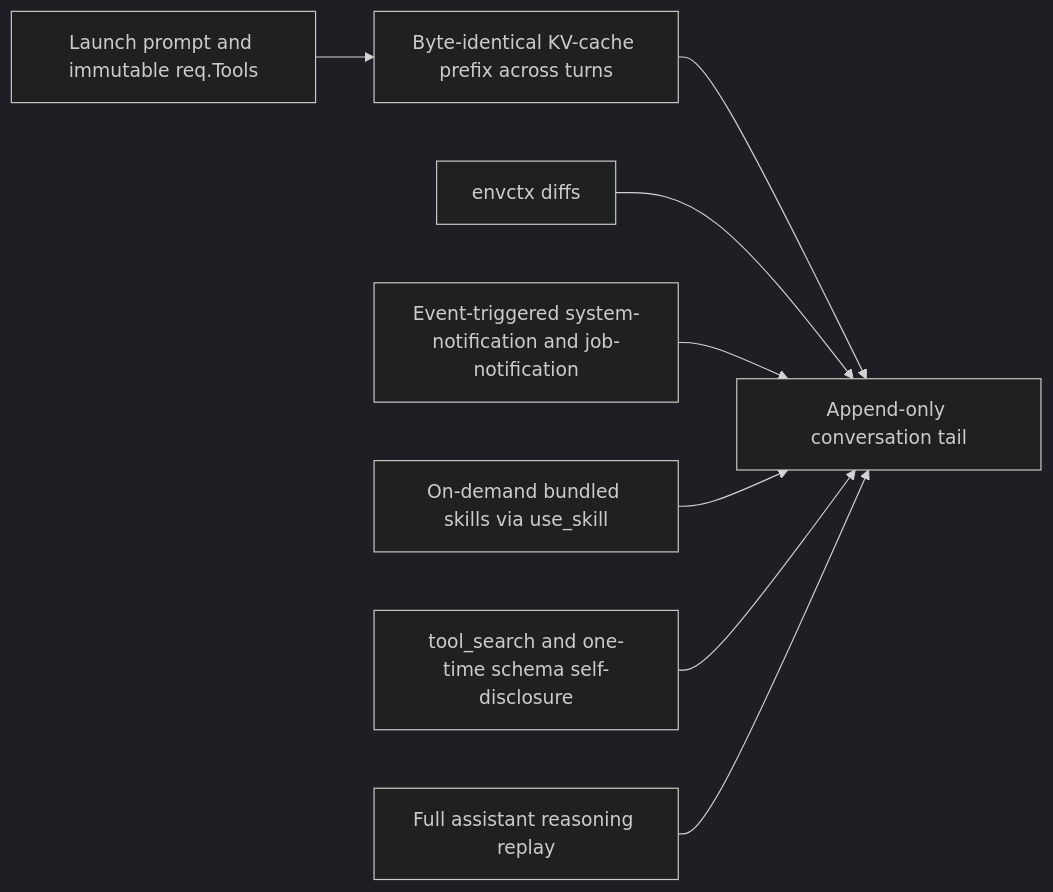
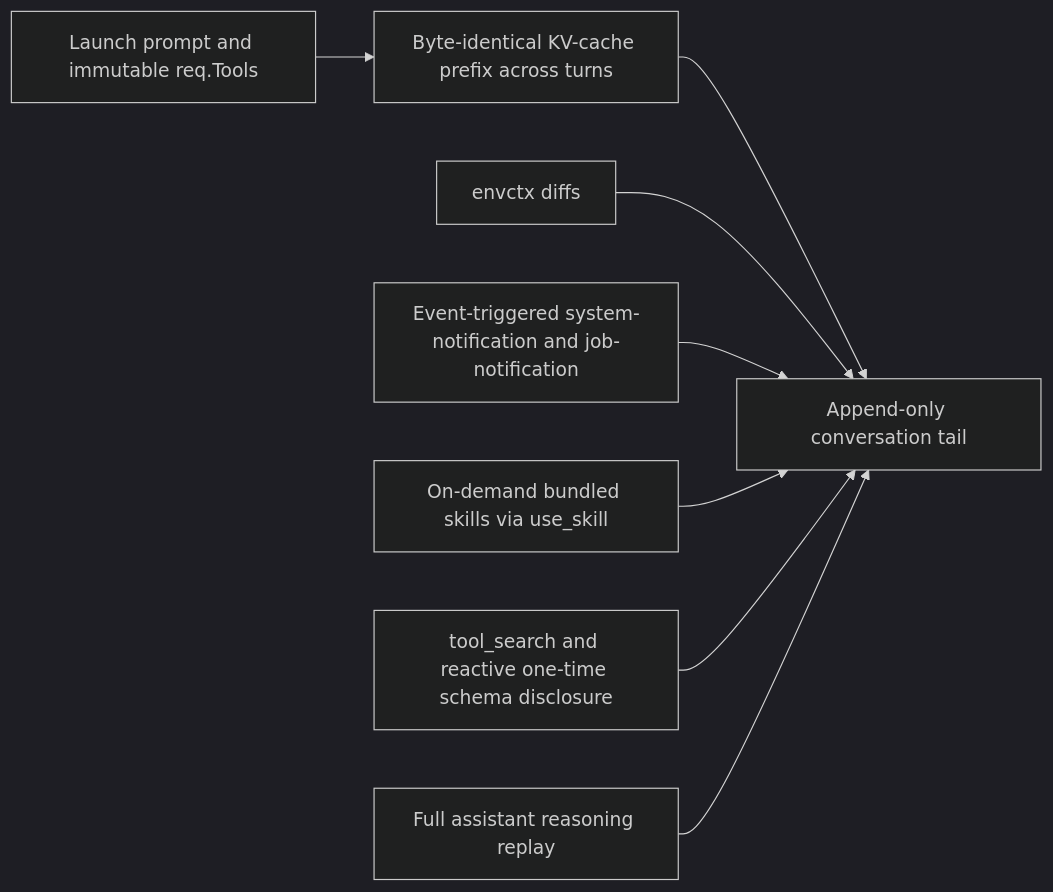
The diagram in docs/developing-evener/system-prompting.md (prime-radiant-inc/evener), drawn with Mermaid (dark theme) before and after one commit. The commit also changed other lines of this file, not shown here.

````diff
--- a/docs/developing-evener/system-prompting.md
+++ b/docs/developing-evener/system-prompting.md
@@ -9,10 +9,10 @@
 ```mermaid
 flowchart LR
   Launch[Launch prompt and immutable req.Tools] --> Cache[Byte-identical KV-cache prefix across turns]
   Cache --> Tail[Append-only conversation tail]
   Env[envctx diffs] --> Tail
   Notif[Event-triggered system-notification and job-notification] --> Tail
   Skills[On-demand bundled skills via use_skill] --> Tail
-  Schema[tool_search and one-time schema self-disclosure] --> Tail
+  Schema[tool_search and reactive one-time schema disclosure] --> Tail
   Replay[Full assistant reasoning replay] --> Tail
 ```
````
